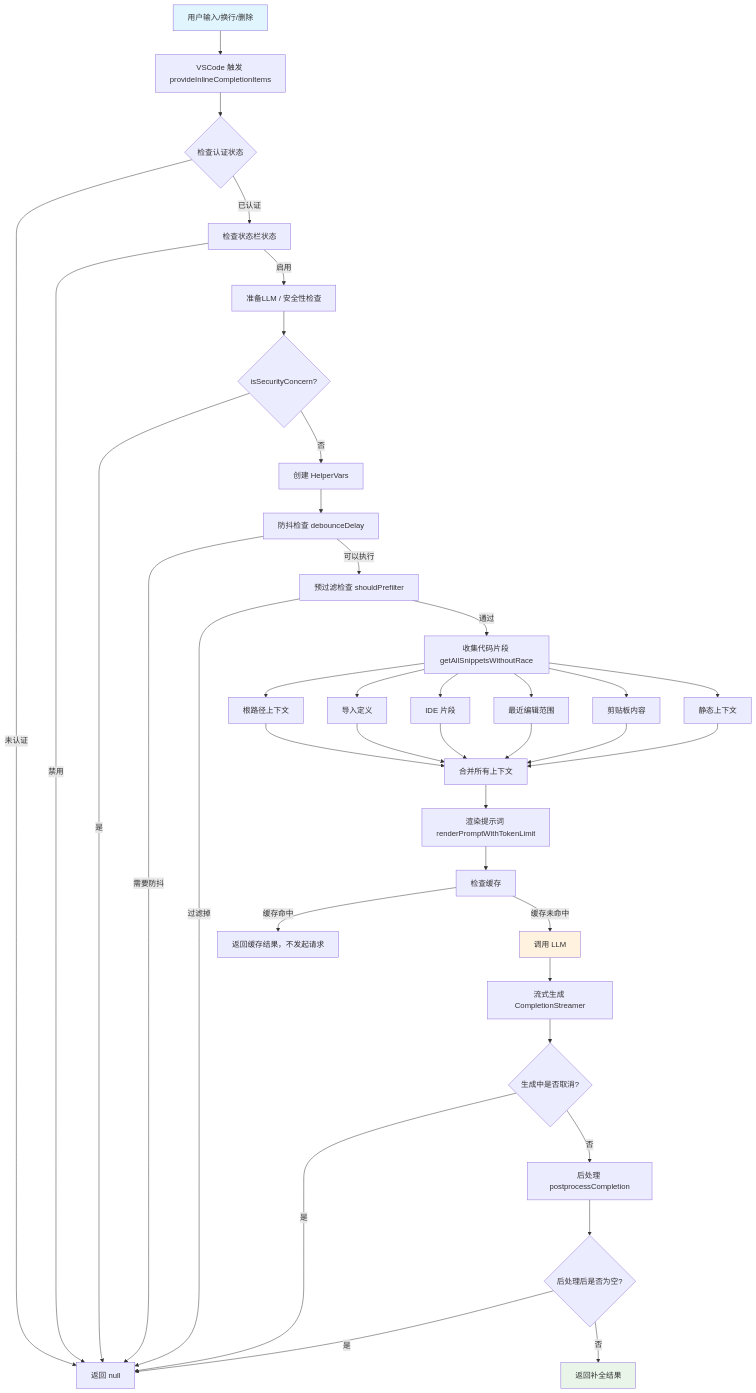
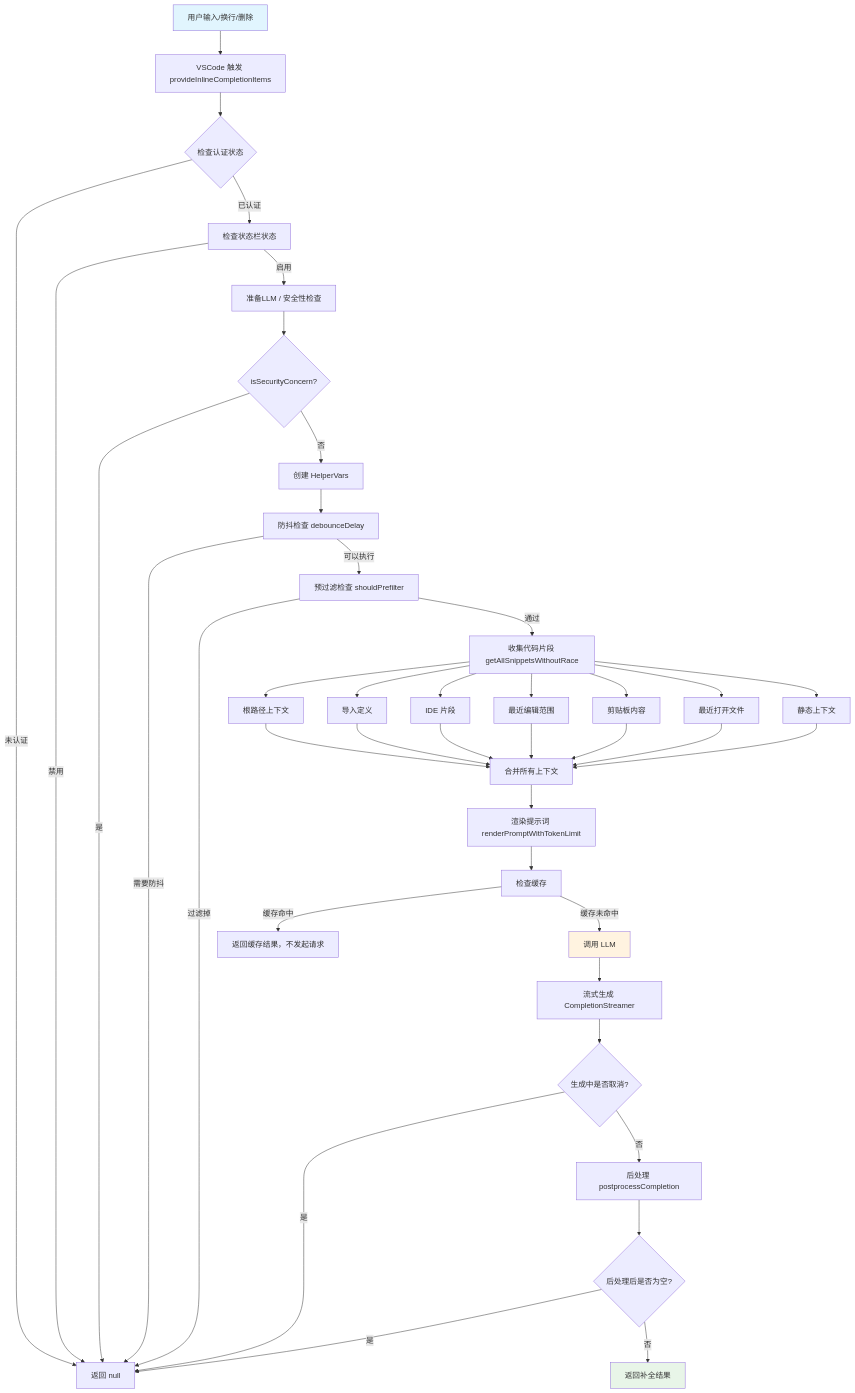
The first of 2 diagrams in autocomplete_flow.md (Zhuzhenghao/continue), drawn with Mermaid before and after one commit. The commit also changed other lines of this file and 12 other files, not shown here.

````diff
--- a/autocomplete_flow.md
+++ b/autocomplete_flow.md
@@ -7,49 +7,51 @@
 ```mermaid
 graph TD
     A[用户输入/换行/删除] --> B[VSCode 触发 provideInlineCompletionItems]
     B --> C{检查认证状态}
     C -->|未认证| D[返回 null]
     C -->|已认证| E[检查状态栏状态]
     E -->|禁用| D
     E -->|启用| F[准备LLM / 安全性检查]
 
     F --> F1{isSecurityConcern?}
     F1 -->|是| D
     F1 -->|否| G[创建 HelperVars]
     G --> H[防抖检查 debounceDelay]
     H -->|需要防抖| D
     H -->|可以执行| I[预过滤检查 shouldPrefilter]
     I -->|过滤掉| D
     I -->|通过| J[收集代码片段 getAllSnippetsWithoutRace]
 
     J --> K[根路径上下文]
     J --> L[导入定义]
     J --> M[IDE 片段]
     J --> N[最近编辑范围]
     J --> O[剪贴板内容]
-    J --> P[静态上下文]
+    J --> P[最近打开文件]
+    J --> Q[静态上下文]
 
-    K --> Q[合并所有上下文]
-    L --> Q
-    M --> Q
-    N --> Q
-    O --> Q
-    P --> Q
+    K --> R[合并所有上下文]
+    L --> R
+    M --> R
+    N --> R
+    O --> R
+    P --> R
+    Q --> R
 
-    Q --> R[渲染提示词 renderPromptWithTokenLimit]
-    R --> S[检查缓存]
-    S -->|缓存命中| T[返回缓存结果，不发起请求]
-    S -->|缓存未命中| U[调用 LLM]
+    R --> S[渲染提示词 renderPromptWithTokenLimit]
+    S --> T[检查缓存]
+    T -->|缓存命中| U[返回缓存结果，不发起请求]
+    T -->|缓存未命中| V[调用 LLM]
 
-    U --> V[流式生成 CompletionStreamer]
-    V --> V1{生成中是否取消?}
-    V1 -->|是| D
-    V1 -->|否| W[后处理 postprocessCompletion]
-    W --> W1{后处理后是否为空?}
+    V --> W[流式生成 CompletionStreamer]
+    W --> W1{生成中是否取消?}
     W1 -->|是| D
-    W1 -->|否| X[返回补全结果]
+    W1 -->|否| X[后处理 postprocessCompletion]
+    X --> X1{后处理后是否为空?}
+    X1 -->|是| D
+    X1 -->|否| Y[返回补全结果]
 
     style A fill:#e1f5fe
-    style U fill:#fff3e0
-    style X fill:#e8f5e8
+    style V fill:#fff3e0
+    style Y fill:#e8f5e8
 ```
````
